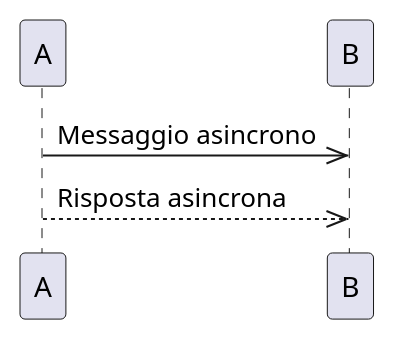
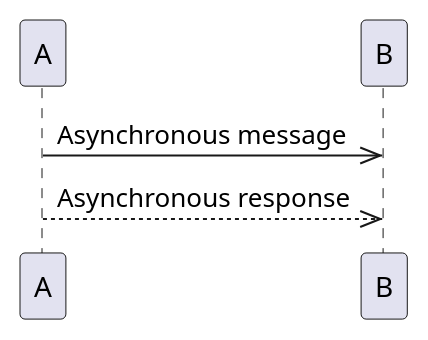
One commit to Seniorsimo/sas-template changed the fourth of 32 diagrams in 03-behavioral-diagrams/sequence-diagrams/README.md. Above: the diagram before and after it, drawn with PlantUML. The commit also changed other lines of this file and 49 other files, not shown here.

````diff
--- a/03-behavioral-diagrams/sequence-diagrams/README.md
+++ b/03-behavioral-diagrams/sequence-diagrams/README.md
@@ -45,4 +45,4 @@
 ```plantuml
-A ->> B: Messaggio asincrono
-A -->> B: Risposta asincrona
+A ->> B: Asynchronous message
+A -->> B: Asynchronous response
 ```
````
